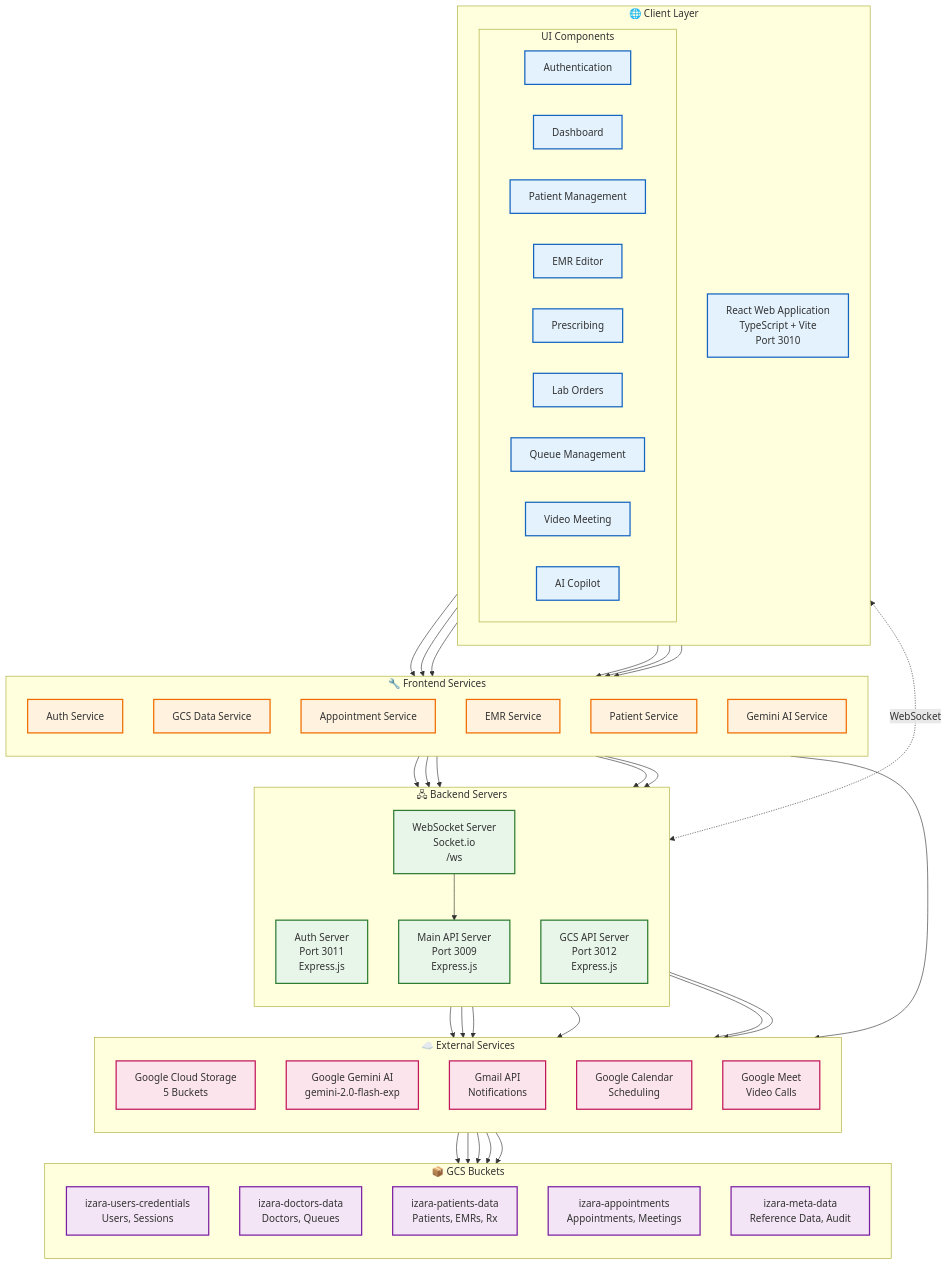
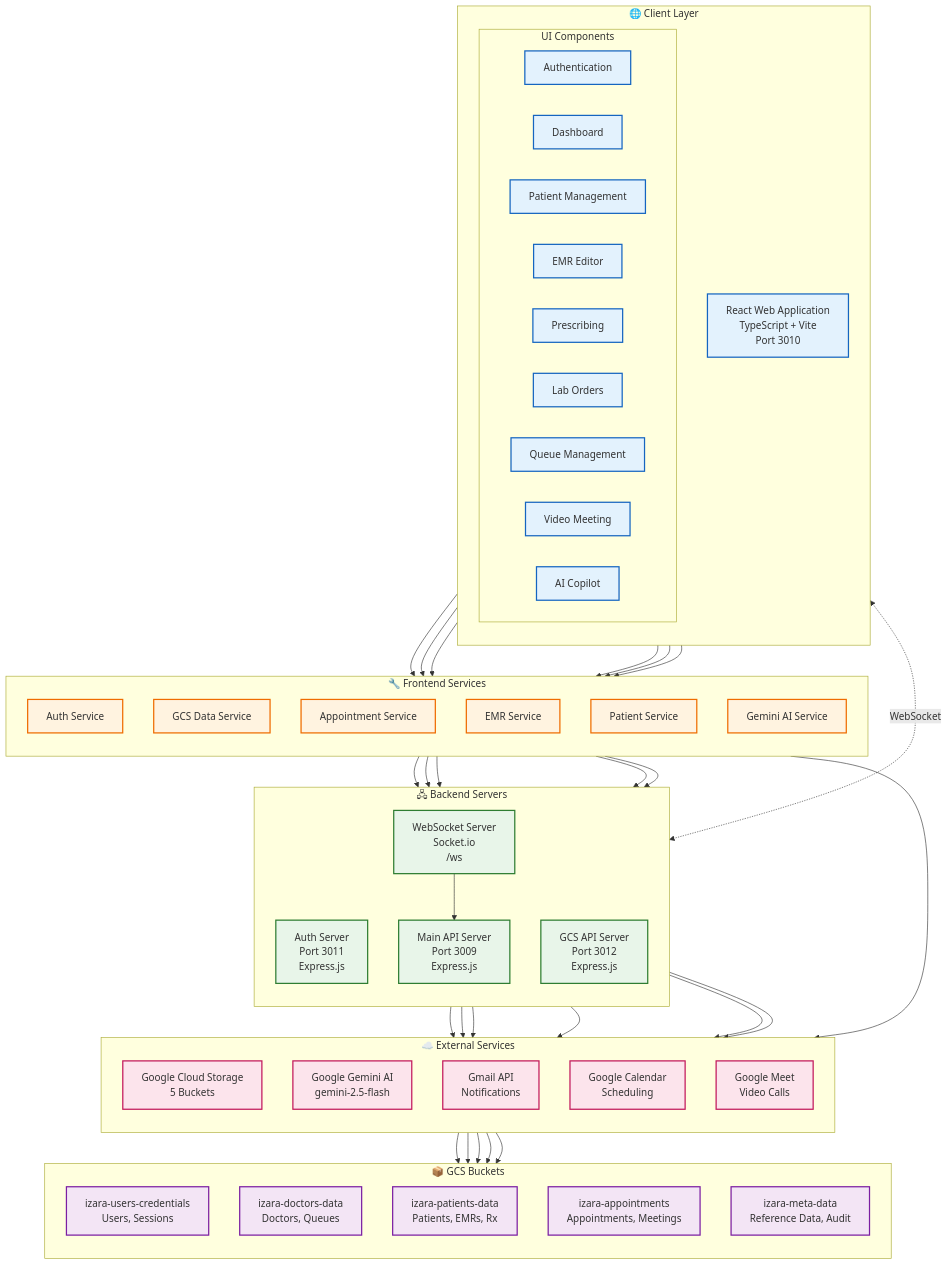
The diagram in Isara-doctor-portal/doc/overview/diagrams/system-architecture.mermaid (chiraleo2000/Isara-Anywhere), drawn with Mermaid before and after one commit. The commit also changed 3303 other files, not shown here.

```diff
--- a/Isara-doctor-portal/doc/overview/diagrams/system-architecture.mermaid
+++ b/Isara-doctor-portal/doc/overview/diagrams/system-architecture.mermaid
@@ -1,103 +1,103 @@
 flowchart TB
     %% Izara Doctor Portal - System Architecture Diagram
     
     subgraph Client["🌐 Client Layer"]
         direction TB
         WEB["React Web Application<br/>TypeScript + Vite<br/>Port 3010"]
         
         subgraph Components["UI Components"]
             AUTH_UI["Authentication"]
             DASH["Dashboard"]
             PAT_MGT["Patient Management"]
             EMR_UI["EMR Editor"]
             RX_UI["Prescribing"]
             LAB_UI["Lab Orders"]
             QUEUE_UI["Queue Management"]
             MEET_UI["Video Meeting"]
             AI_UI["AI Copilot"]
         end
     end
     
     subgraph Services["🔧 Frontend Services"]
         direction TB
         AUTH_SVC["Auth Service"]
         GCS_SVC["GCS Data Service"]
         APT_SVC["Appointment Service"]
         EMR_SVC["EMR Service"]
         PAT_SVC["Patient Service"]
         GEMINI_SVC["Gemini AI Service"]
     end
     
     subgraph Backend["🖧 Backend Servers"]
         direction TB
         AUTH_SERVER["Auth Server<br/>Port 3011<br/>Express.js"]
         GCS_SERVER["GCS API Server<br/>Port 3012<br/>Express.js"]
         MAIN_SERVER["Main API Server<br/>Port 3009<br/>Express.js"]
         WS_SERVER["WebSocket Server<br/>Socket.io<br/>/ws"]
     end
     
     subgraph External["☁️ External Services"]
         direction TB
         GCS["Google Cloud Storage<br/>5 Buckets"]
-        GEMINI["Google Gemini AI<br/>gemini-2.0-flash-exp"]
+        GEMINI["Google Gemini AI<br/>gemini-2.5-flash"]
         GMAIL["Gmail API<br/>Notifications"]
         GCAL["Google Calendar<br/>Scheduling"]
         MEET["Google Meet<br/>Video Calls"]
     end
     
     subgraph Storage["📦 GCS Buckets"]
         direction TB
         CREDS_BUCKET["izara-users-credentials<br/>Users, Sessions"]
         DOCTORS_BUCKET["izara-doctors-data<br/>Doctors, Queues"]
         PATIENTS_BUCKET["izara-patients-data<br/>Patients, EMRs, Rx"]
         APT_BUCKET["izara-appointments<br/>Appointments, Meetings"]
         META_BUCKET["izara-meta-data<br/>Reference Data, Audit"]
     end
     
     %% Client to Services
     WEB --> AUTH_SVC
     WEB --> GCS_SVC
     WEB --> APT_SVC
     WEB --> EMR_SVC
     WEB --> PAT_SVC
     WEB --> GEMINI_SVC
     
     %% Services to Backend
     AUTH_SVC --> AUTH_SERVER
     GCS_SVC --> GCS_SERVER
     APT_SVC --> MAIN_SERVER
     EMR_SVC --> GCS_SERVER
     PAT_SVC --> GCS_SERVER
     GEMINI_SVC --> GEMINI
     
     %% Backend to External
     AUTH_SERVER --> GCS
     GCS_SERVER --> GCS
     MAIN_SERVER --> GCS
     MAIN_SERVER --> GMAIL
     MAIN_SERVER --> GCAL
     MAIN_SERVER --> MEET
     
     %% GCS to Buckets
     GCS --> CREDS_BUCKET
     GCS --> DOCTORS_BUCKET
     GCS --> PATIENTS_BUCKET
     GCS --> APT_BUCKET
     GCS --> META_BUCKET
     
     %% Real-time connection
     WEB <-.->|WebSocket| WS_SERVER
     WS_SERVER --> MAIN_SERVER
     
     %% Styling
     classDef client fill:#e3f2fd,stroke:#1565c0,stroke-width:2px
     classDef service fill:#fff3e0,stroke:#ef6c00,stroke-width:2px
     classDef backend fill:#e8f5e9,stroke:#2e7d32,stroke-width:2px
     classDef external fill:#fce4ec,stroke:#c2185b,stroke-width:2px
     classDef storage fill:#f3e5f5,stroke:#7b1fa2,stroke-width:2px
     
     class WEB,AUTH_UI,DASH,PAT_MGT,EMR_UI,RX_UI,LAB_UI,QUEUE_UI,MEET_UI,AI_UI client
     class AUTH_SVC,GCS_SVC,APT_SVC,EMR_SVC,PAT_SVC,GEMINI_SVC service
     class AUTH_SERVER,GCS_SERVER,MAIN_SERVER,WS_SERVER backend
     class GCS,GEMINI,GMAIL,GCAL,MEET external
     class CREDS_BUCKET,DOCTORS_BUCKET,PATIENTS_BUCKET,APT_BUCKET,META_BUCKET storage
```
